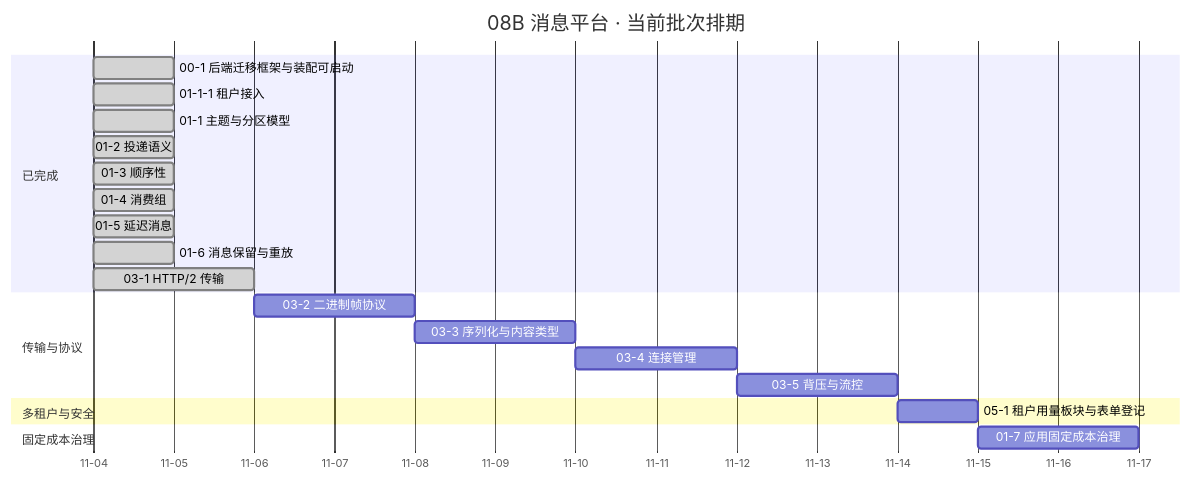
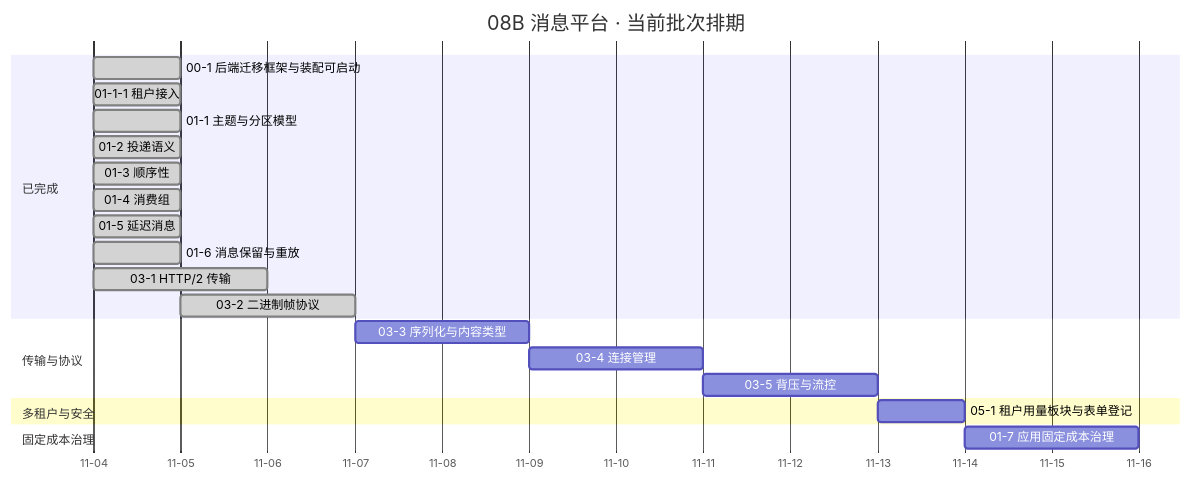
One commit to minjian123/message-platform changed the diagram in msg文档/项目/08B_消息平台/计划/01_计划_消息平台.md. Above: the diagram before and after it, drawn with Mermaid. The commit also changed other lines of this file and 3 other files, not shown here.

````diff
--- a/msg文档/项目/08B_消息平台/计划/01_计划_消息平台.md
+++ b/msg文档/项目/08B_消息平台/计划/01_计划_消息平台.md
@@ -65,26 +66,26 @@
 ```mermaid
 gantt
     title 08B 消息平台 · 当前批次排期
     %% 任务域 02 全部为搁置行（待 8B_01 go/no-go / 8B_05），不入甘特
     dateFormat YYYY-MM-DD
     axisFormat %m-%d
     section 已完成
     00-1 后端迁移框架与装配可启动 :done, d001, 2026-11-04, 1d
     01-1-1 租户接入 :done, d0111, 2026-11-04, 1d
     01-1 主题与分区模型 :done, t011, 2026-11-04, 1d
     01-2 投递语义 :done, t012, 2026-11-04, 1d
     01-3 顺序性 :done, t013, 2026-11-04, 1d
     01-4 消费组 :done, t014, 2026-11-04, 1d
     01-5 延迟消息 :done, t015, 2026-11-04, 1d
     01-6 消息保留与重放 :done, t016, 2026-11-04, 1d
     03-1 HTTP/2 传输 :done, t031, 2026-11-04, 2d
+    03-2 二进制帧协议 :done, t032, 2026-11-05, 2d
     section 传输与协议
-    03-2 二进制帧协议 :t032, after t031, 2d
     03-3 序列化与内容类型 :t033, after t032, 2d
     03-4 连接管理 :t034, after t033, 2d
     03-5 背压与流控 :t035, after t034, 2d
     section 多租户与安全
     05-1 租户用量板块与表单登记 :t051, after t035, 1d
     section 固定成本治理
     01-7 应用固定成本治理 :t017, after t051, 2d
 ```
````
